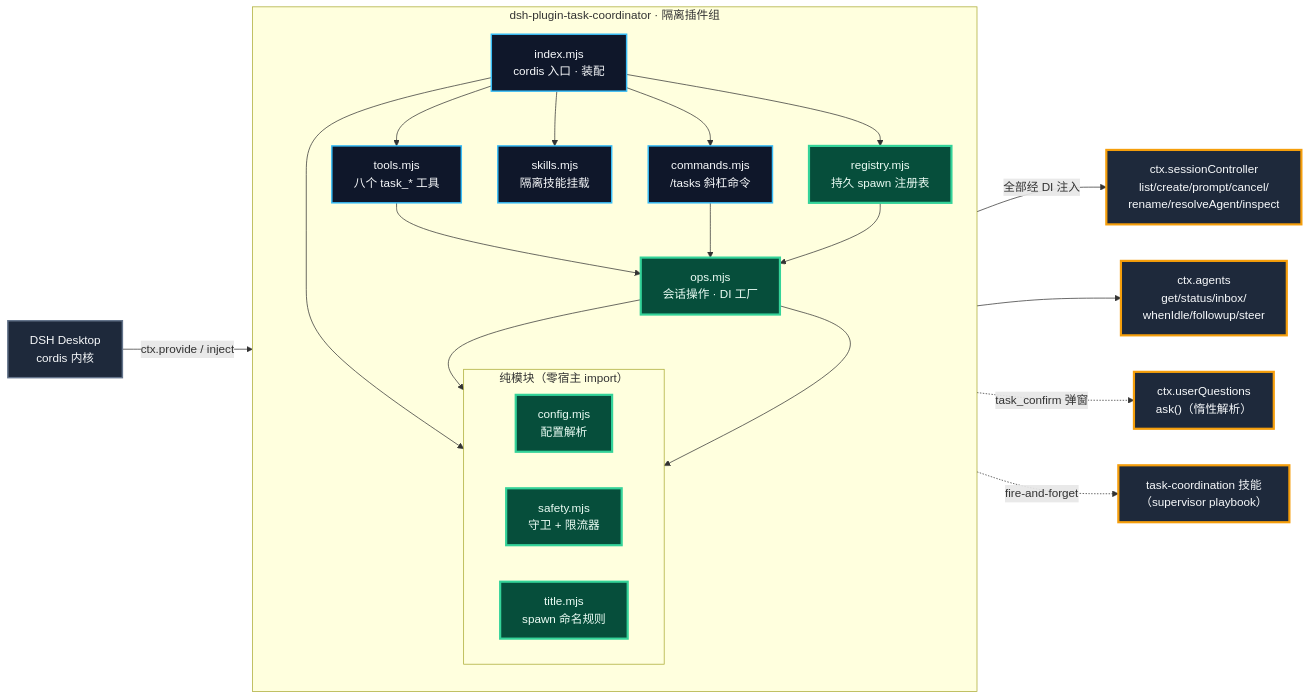
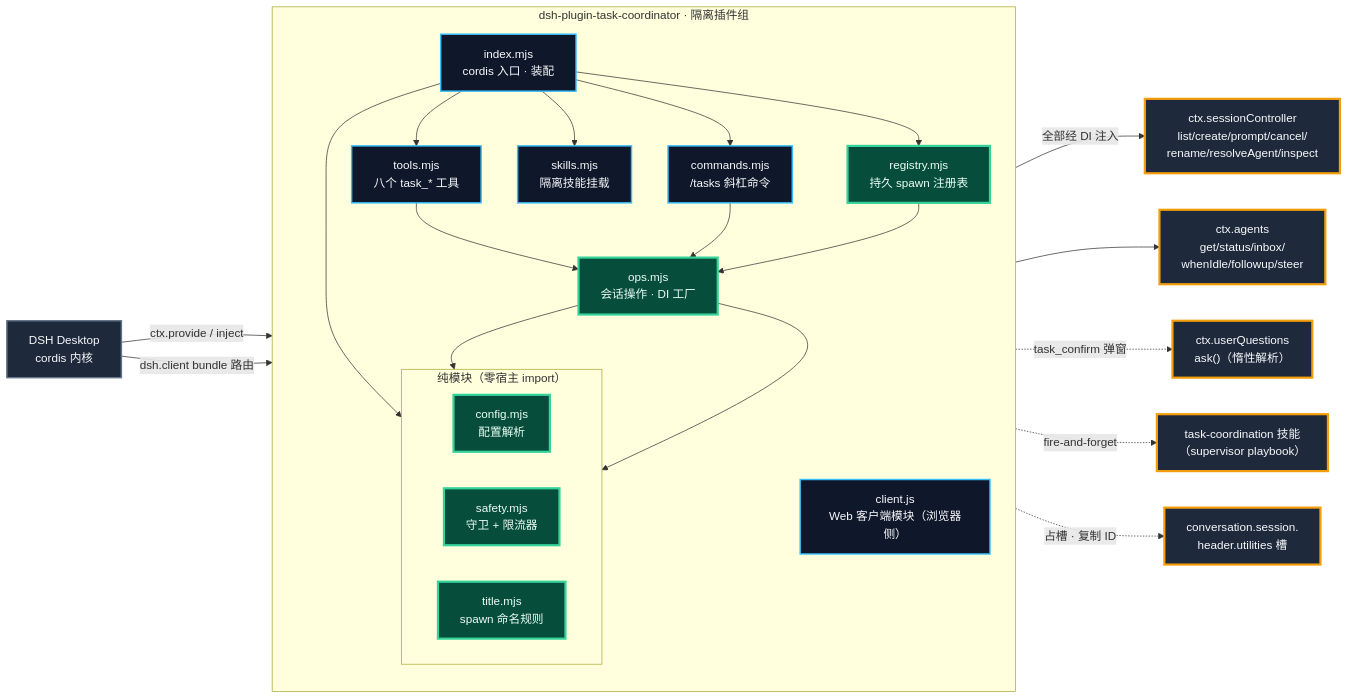
Before and after one commit to Kayungko/dsh-plugin-task-coordinator: the diagram in docs/ARCHITECTURE.md, drawn with Mermaid. The commit also changed other lines of this file and 9 other files, not shown here.

Commit message:
feat: 0.8.0 - copy-session-id header button via web client module (dsh.client), host 2.0.5/0.1.2-rc.1 re-verified

````diff
--- a/docs/ARCHITECTURE.md
+++ b/docs/ARCHITECTURE.md
@@ -15,50 +15,54 @@
 ```mermaid
 flowchart LR
     host["DSH Desktop<br/>cordis 内核"]
 
     subgraph plugin["dsh-plugin-task-coordinator · 隔离插件组"]
         direction TB
         index["index.mjs<br/>cordis 入口 · 装配"]
         tools["tools.mjs<br/>八个 task_* 工具"]
         commands["commands.mjs<br/>/tasks 斜杠命令"]
         ops["ops.mjs<br/>会话操作 · DI 工厂"]
         skills["skills.mjs<br/>隔离技能挂载"]
         registry["registry.mjs<br/>持久 spawn 注册表"]
+        client["client.js<br/>Web 客户端模块（浏览器侧）"]
 
         subgraph pure["纯模块（零宿主 import）"]
             direction LR
             config["config.mjs<br/>配置解析"]
             safety["safety.mjs<br/>守卫 + 限流器"]
             title["title.mjs<br/>spawn 命名规则"]
         end
 
         index --> tools --> ops
         index --> commands --> ops
         index --> skills
         index --> config
         index --> registry --> ops
         ops --> safety
         ops --> title
     end
 
     sc["ctx.sessionController<br/>list/create/prompt/cancel/<br/>rename/resolveAgent/inspect"]
     agents["ctx.agents<br/>get/status/inbox/<br/>whenIdle/followup/steer"]
     uq["ctx.userQuestions<br/>ask()（惰性解析）"]
     skill["task-coordination 技能<br/>（supervisor playbook）"]
+    slot["conversation.session.<br/>header.utilities 槽"]
 
     host -->|"ctx.provide / inject"| index
+    host -->|"dsh.client bundle 路由"| client
     ops -->|"全部经 DI 注入"| sc
     ops --> agents
     ops -.->|"task_confirm 弹窗"| uq
     skills -.->|"fire-and-forget"| skill
+    client -.->|"占槽 · 复制 ID"| slot
 
     classDef host fill:#1E293B,stroke:#64748B,color:#F8FAFC,stroke-width:2px;
     classDef wiring fill:#0F172A,stroke:#38BDF8,color:#F8FAFC,stroke-width:2px;
     classDef core fill:#064E3B,stroke:#34D399,color:#ECFDF5,stroke-width:3px;
     classDef target fill:#1E293B,stroke:#F59E0B,color:#F8FAFC,stroke-width:3px;
 
     class host host;
-    class index,tools,commands,skills wiring;
+    class index,tools,commands,skills,client wiring;
     class ops,config,safety,title,registry core;
-    class sc,agents,uq,skill target;
+    class sc,agents,uq,skill,slot target;
 ```
````
